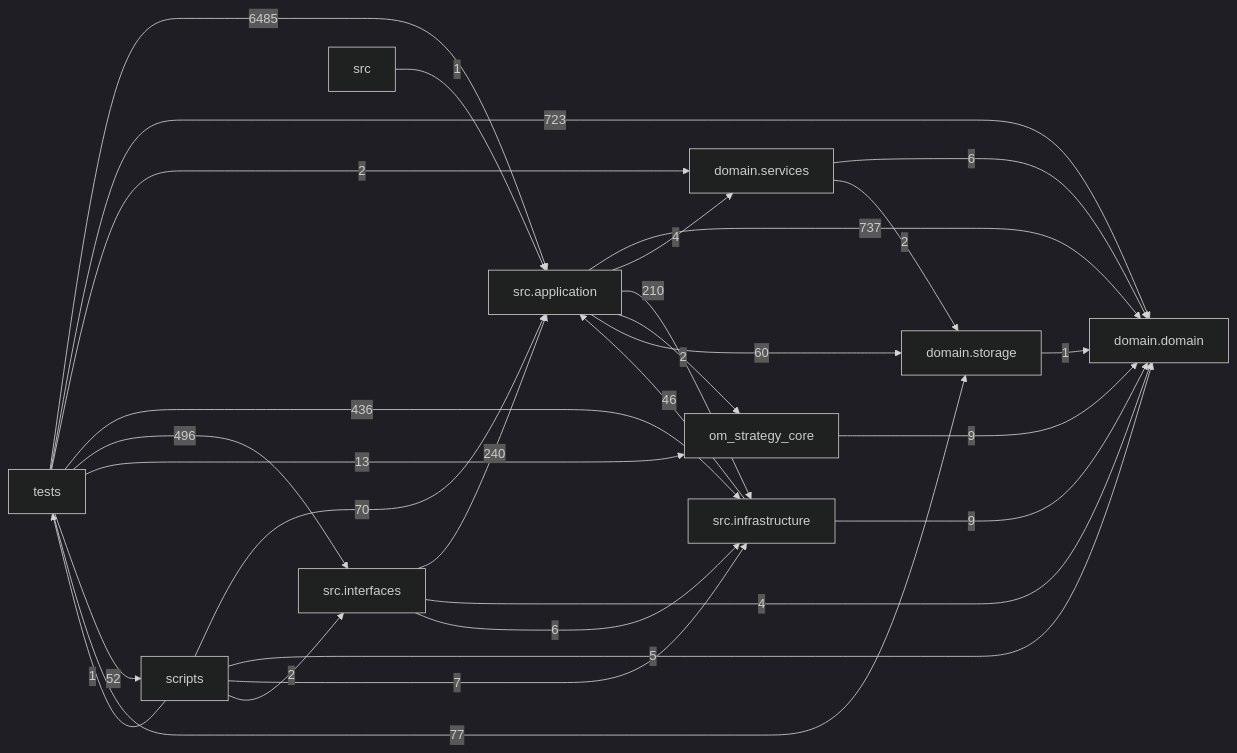
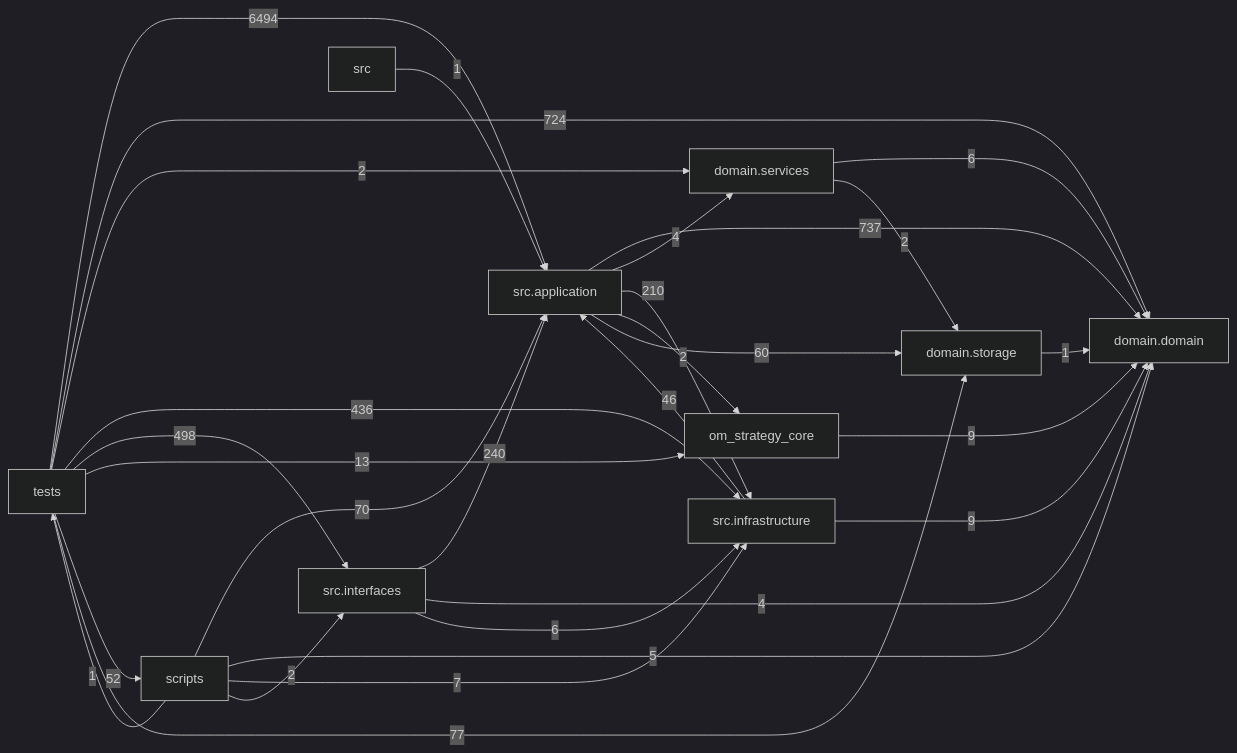
Before and after one commit to liuxie066/options-monitor: the diagram in docs/DEPENDENCY_GRAPH.md, drawn with Mermaid (dark theme). The commit also changed other lines of this file and 7 other files, not shown here.

````diff
--- a/docs/DEPENDENCY_GRAPH.md
+++ b/docs/DEPENDENCY_GRAPH.md
@@ -24,39 +24,39 @@
 ```mermaid
 flowchart LR
   tests["tests"]
   scripts["scripts"]
   interfaces["src.interfaces"]
   application["src.application"]
   infrastructure["src.infrastructure"]
   domain_services["domain.services"]
   domain["domain.domain"]
   storage["domain.storage"]
   application -->|737| domain
   application -->|4| domain_services
   application -->|210| infrastructure
   application -->|2| om_strategy_core
   application -->|60| storage
   domain_services -->|6| domain
   domain_services -->|2| storage
   infrastructure -->|46| application
   infrastructure -->|9| domain
   interfaces -->|240| application
   interfaces -->|4| domain
   interfaces -->|6| infrastructure
   om_strategy_core -->|9| domain
   scripts -->|70| application
   scripts -->|5| domain
   scripts -->|7| infrastructure
   scripts -->|2| interfaces
   scripts -->|1| tests
   src -->|1| application
   storage -->|1| domain
-  tests -->|6485| application
-  tests -->|723| domain
+  tests -->|6494| application
+  tests -->|724| domain
   tests -->|2| domain_services
   tests -->|436| infrastructure
-  tests -->|496| interfaces
+  tests -->|498| interfaces
   tests -->|13| om_strategy_core
   tests -->|52| scripts
   tests -->|77| storage
 ```
````
